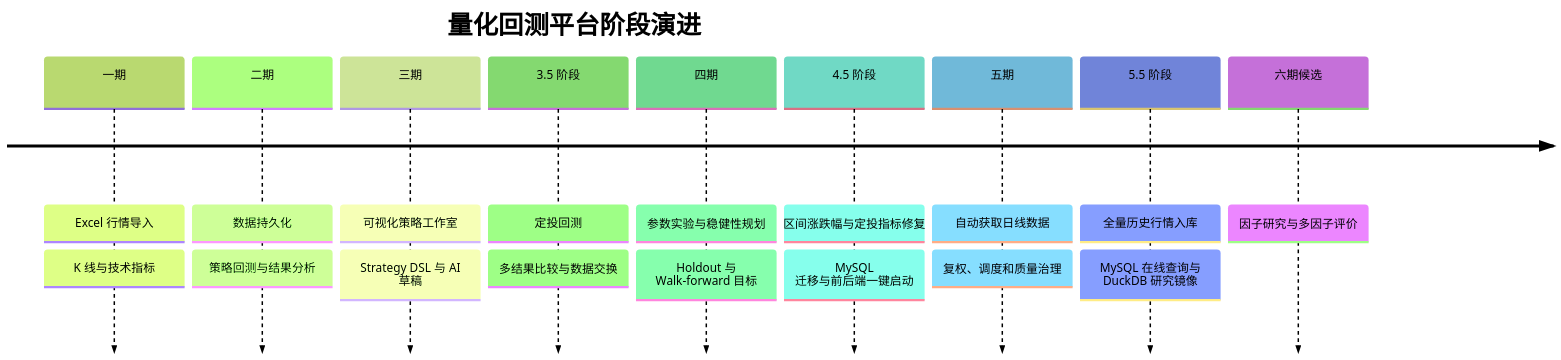
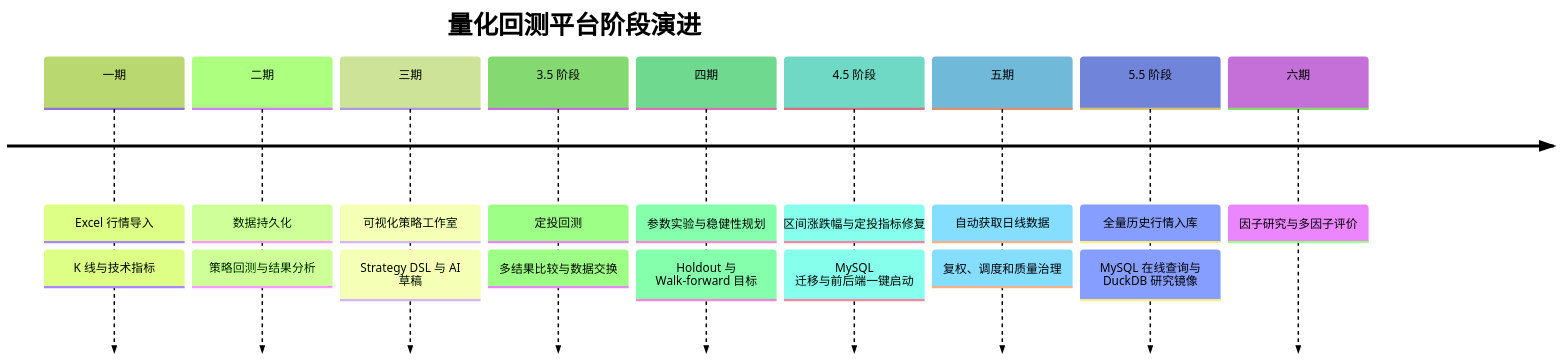
One commit to tly580474-cmyk/Quantitative-Backtesting changed the fifth of 5 diagrams in doc/PROJECT_OVERVIEW.md. Above: the diagram before and after it, drawn with Mermaid (forest theme). The commit also changed other lines of this file and 3 other files, not shown here.

````diff
--- a/doc/PROJECT_OVERVIEW.md
+++ b/doc/PROJECT_OVERVIEW.md
@@ -282,21 +282,21 @@
 ```mermaid
 timeline
     title 量化回测平台阶段演进
     一期 : Excel 行情导入
          : K 线与技术指标
     二期 : 数据持久化
          : 策略回测与结果分析
     三期 : 可视化策略工作室
          : Strategy DSL 与 AI 草稿
     3.5 阶段 : 定投回测
              : 多结果比较与数据交换
     四期 : 参数实验与稳健性规划
          : Holdout 与 Walk-forward 目标
     4.5 阶段 : 区间涨跌幅与定投指标修复
              : MySQL 迁移与前后端一键启动
     五期 : 自动获取日线数据
          : 复权、调度和质量治理
     5.5 阶段 : 全量历史行情入库
              : MySQL 在线查询与 DuckDB 研究镜像
-    六期候选 : 因子研究与多因子评价
+    六期 : 因子研究与多因子评价
 ```
````
